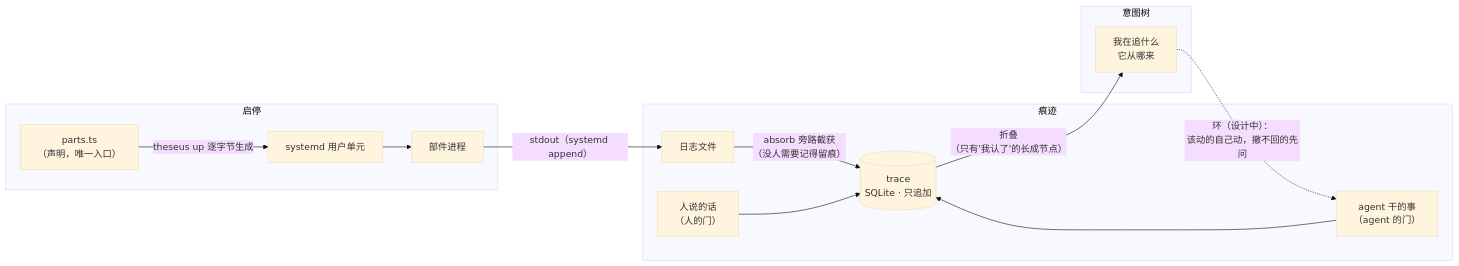
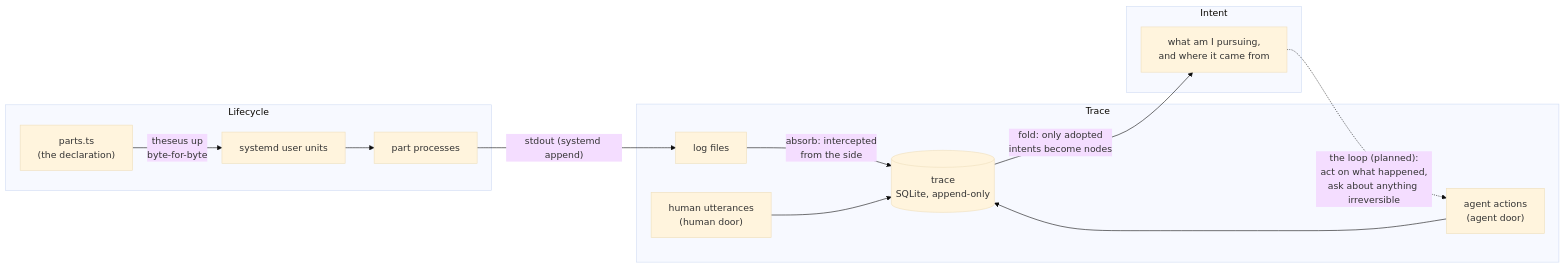
One commit to sephirxth/TheseusV2 changed the diagram in README.md. Above: the diagram before and after it, drawn with Mermaid (base theme). The commit also changed other lines of this file and 2 other files, not shown here.

````diff
--- a/README.md
+++ b/README.md
@@ -44,17 +42,17 @@
 ```mermaid
 flowchart LR
-  subgraph 启停
-    D["parts.ts<br/>（声明，唯一入口）"] -->|theseus up 逐字节生成| U["systemd 用户单元"]
-    U --> P["部件进程"]
+  subgraph Lifecycle
+    D["parts.ts<br/>(the declaration)"] -->|"theseus up<br/>byte-for-byte"| U["systemd user units"]
+    U --> P["part processes"]
   end
-  subgraph 痕迹
-    P -->|"stdout（systemd append）"| L["日志文件"]
-    L -->|"absorb 旁路截获<br/>（没人需要记得留痕）"| T[("trace<br/>SQLite · 只追加")]
-    H["人说的话<br/>（人的门）"] --> T
-    A2["agent 干的事<br/>（agent 的门）"] --> T
+  subgraph Trace
+    P -->|"stdout (systemd append)"| L["log files"]
+    L -->|"absorb: intercepted<br/>from the side"| T[("trace<br/>SQLite, append-only")]
+    H["human utterances<br/>(human door)"] --> T
+    A2["agent actions<br/>(agent door)"] --> T
   end
-  subgraph 意图树
-    T -->|"折叠<br/>（只有'我认了'的长成节点）"| I["我在追什么<br/>它从哪来"]
+  subgraph Intent
+    T -->|"fold: only adopted<br/>intents become nodes"| I["what am I pursuing,<br/>and where it came from"]
   end
-  I -.->|"环（设计中）：<br/>该动的自己动，撤不回的先问"| A2
+  I -.->|"the loop (planned):<br/>act on what happened,<br/>ask about anything irreversible"| A2
 ```
````
